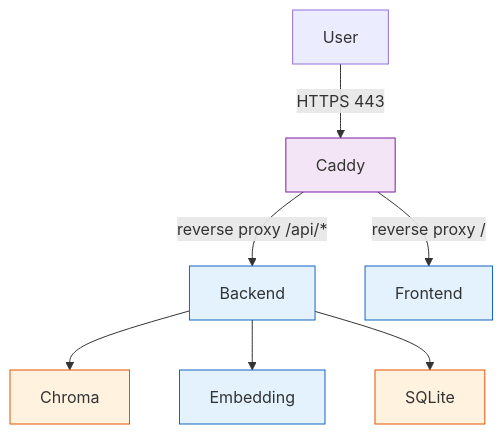
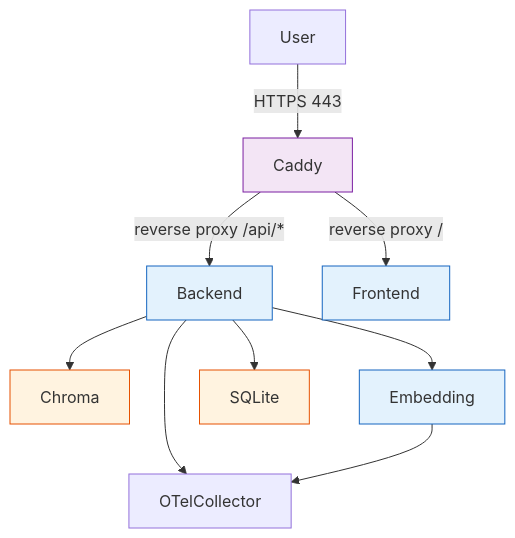
One commit to n-marusov/vedo-help changed the diagram in docs/deployment.md. Above: the diagram before and after it, drawn with Mermaid. The commit also changed other lines of this file and 3 other files, not shown here.

````diff
--- a/docs/deployment.md
+++ b/docs/deployment.md
@@ -7,16 +7,18 @@
 ```mermaid
 graph TB
     User -- HTTPS 443 --> Caddy
     Caddy -- reverse proxy /api/* --> Backend
     Caddy -- reverse proxy / --> Frontend
     Backend --> Chroma
     Backend --> Embedding
     Backend --> SQLite
+    Backend --> OTelCollector
+    Embedding --> OTelCollector
 
     classDef svc fill:#e3f2fd,stroke:#1565c0
     classDef proxy fill:#f3e5f5,stroke:#7b1fa2
     classDef db fill:#fff3e0,stroke:#e65100
     class Caddy proxy
     class Backend,Frontend,Embedding svc
     class Chroma,SQLite db
 ```
````
